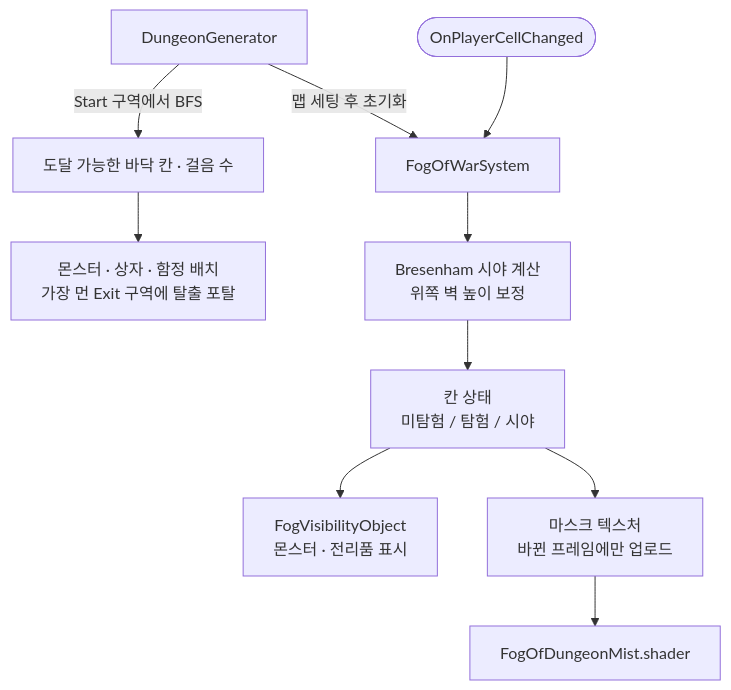
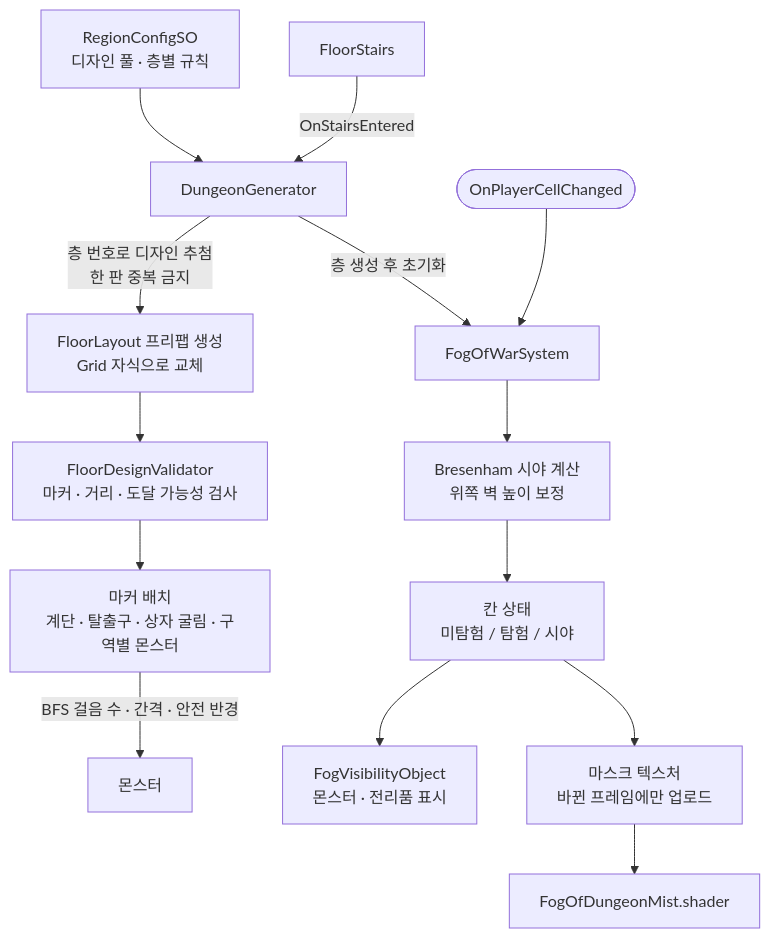
Before and after one commit to Jin-wuk/100-Bag-Back-Public: the fifth of 5 diagrams in Docs/ARCHITECTURE.md, drawn with Mermaid. The commit also changed other lines of this file and 2 other files, not shown here.

First line of the commit message:
docs: ARCHITECTURE·ScriptMaps를 현재 코드 기준으로 갱신 (스크립트 99개 전부 수록)

````diff
--- a/Docs/ARCHITECTURE.md
+++ b/Docs/ARCHITECTURE.md
@@ -207,12 +239,16 @@
 ```mermaid
 flowchart TD
-    Gen[DungeonGenerator] -->|Start 구역에서 BFS| Reach[도달 가능한 바닥 칸 · 걸음 수]
-    Reach --> Spawn[몬스터 · 상자 · 함정 배치<br>가장 먼 Exit 구역에 탈출 포탈]
-    Gen -->|맵 세팅 후 초기화| Fog[FogOfWarSystem]
+    Region[RegionConfigSO<br>디자인 풀 · 층별 규칙] --> Gen[DungeonGenerator]
+    Gen -->|층 번호로 디자인 추첨<br>한 판 중복 금지| Layout[FloorLayout 프리팹 생성<br>Grid 자식으로 교체]
+    Layout --> Valid[FloorDesignValidator<br>마커 · 거리 · 도달 가능성 검사]
+    Valid --> Spawn[마커 배치<br>계단 · 탈출구 · 상자 굴림 · 구역별 몬스터]
+    Spawn -->|BFS 걸음 수 · 간격 · 안전 반경| Monsters[몬스터]
+    Stairs[FloorStairs] -->|OnStairsEntered| Gen
+    Gen -->|층 생성 후 초기화| Fog[FogOfWarSystem]
     Cell([OnPlayerCellChanged]) --> Fog
     Fog --> LOS[Bresenham 시야 계산<br>위쪽 벽 높이 보정]
     LOS --> State[칸 상태<br>미탐험 / 탐험 / 시야]
     State --> Vis[FogVisibilityObject<br>몬스터 · 전리품 표시]
     State --> Mask[마스크 텍스처<br>바뀐 프레임에만 업로드]
     Mask --> Shader[FogOfDungeonMist.shader]
 ```
````
